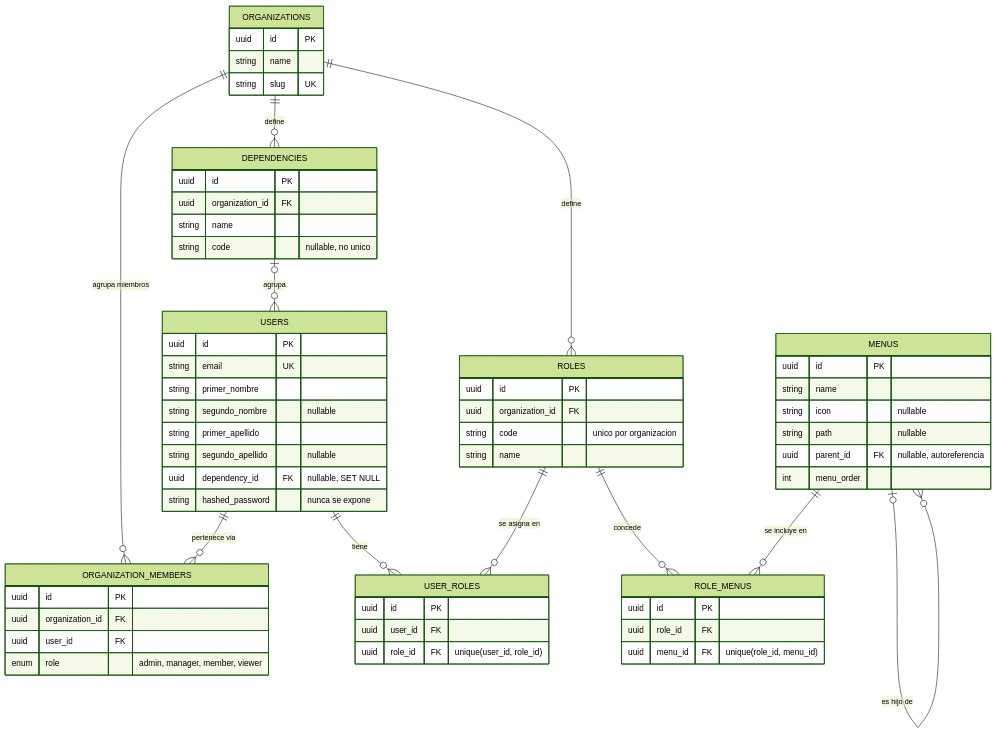
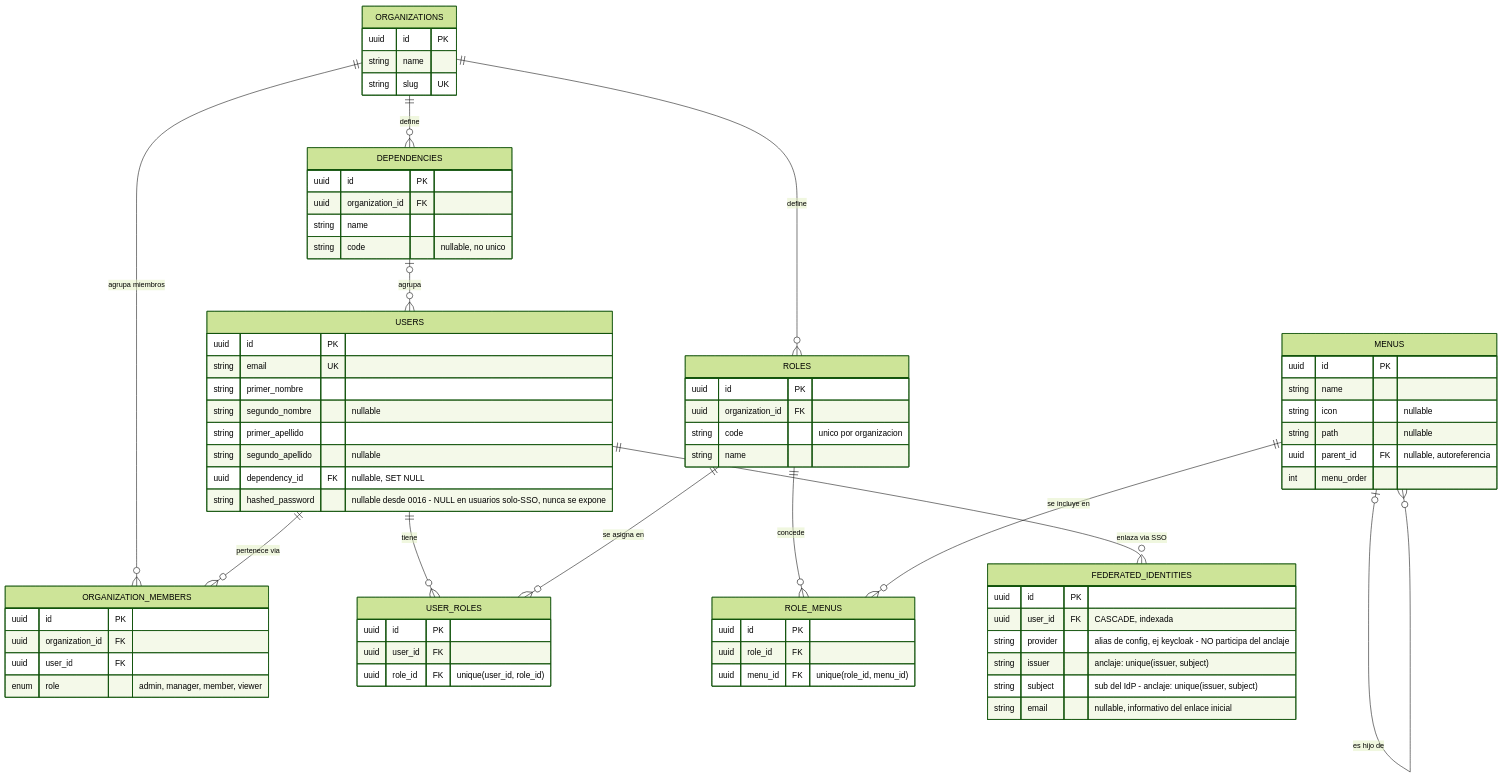
The second of 6 diagrams in docs/diagrams/er-model.md (solercia-solutions/solercia-command), drawn with Mermaid (forest theme) before and after one commit. The commit also changed other lines of this file and 14 other files, not shown here.

First line of the commit message:
feat(auth): agrega federated_identities y hashed_password nullable

````diff
--- a/docs/diagrams/er-model.md
+++ b/docs/diagrams/er-model.md
@@ -101,72 +101,82 @@
 ```mermaid
 erDiagram
     ORGANIZATIONS ||--o{ ORGANIZATION_MEMBERS : "agrupa miembros"
     USERS         ||--o{ ORGANIZATION_MEMBERS : "pertenece via"
     ORGANIZATIONS ||--o{ DEPENDENCIES : "define"
     DEPENDENCIES  |o--o{ USERS : "agrupa"
     ORGANIZATIONS ||--o{ ROLES : "define"
     USERS         ||--o{ USER_ROLES : "tiene"
     ROLES         ||--o{ USER_ROLES : "se asigna en"
     ROLES         ||--o{ ROLE_MENUS : "concede"
     MENUS         ||--o{ ROLE_MENUS : "se incluye en"
     MENUS         |o--o{ MENUS : "es hijo de"
+    USERS         ||--o{ FEDERATED_IDENTITIES : "enlaza via SSO"
 
     ORGANIZATIONS {
         uuid id PK
         string name
         string slug UK
     }
 
     USERS {
         uuid id PK
         string email UK
         string primer_nombre
         string segundo_nombre "nullable"
         string primer_apellido
         string segundo_apellido "nullable"
         uuid dependency_id FK "nullable, SET NULL"
-        string hashed_password "nunca se expone"
+        string hashed_password "nullable desde 0016 - NULL en usuarios solo-SSO, nunca se expone"
     }
 
     ORGANIZATION_MEMBERS {
         uuid id PK
         uuid organization_id FK
         uuid user_id FK
         enum role "admin, manager, member, viewer"
     }
 
     DEPENDENCIES {
         uuid id PK
         uuid organization_id FK
         string name
         string code "nullable, no unico"
     }
 
     ROLES {
         uuid id PK
         uuid organization_id FK
         string code "unico por organizacion"
         string name
     }
 
     USER_ROLES {
         uuid id PK
         uuid user_id FK
         uuid role_id FK "unique(user_id, role_id)"
     }
 
     MENUS {
         uuid id PK
         string name
         string icon "nullable"
         string path "nullable"
         uuid parent_id FK "nullable, autoreferencia"
         int menu_order
     }
 
     ROLE_MENUS {
         uuid id PK
         uuid role_id FK
         uuid menu_id FK "unique(role_id, menu_id)"
     }
+
+    FEDERATED_IDENTITIES {
+        uuid id PK
+        uuid user_id FK "CASCADE, indexada"
+        string provider "alias de config, ej keycloak - NO participa del anclaje"
+        string issuer "anclaje: unique(issuer, subject)"
+        string subject "sub del IdP - anclaje: unique(issuer, subject)"
+        string email "nullable, informativo del enlace inicial"
+    }
 ```
````
